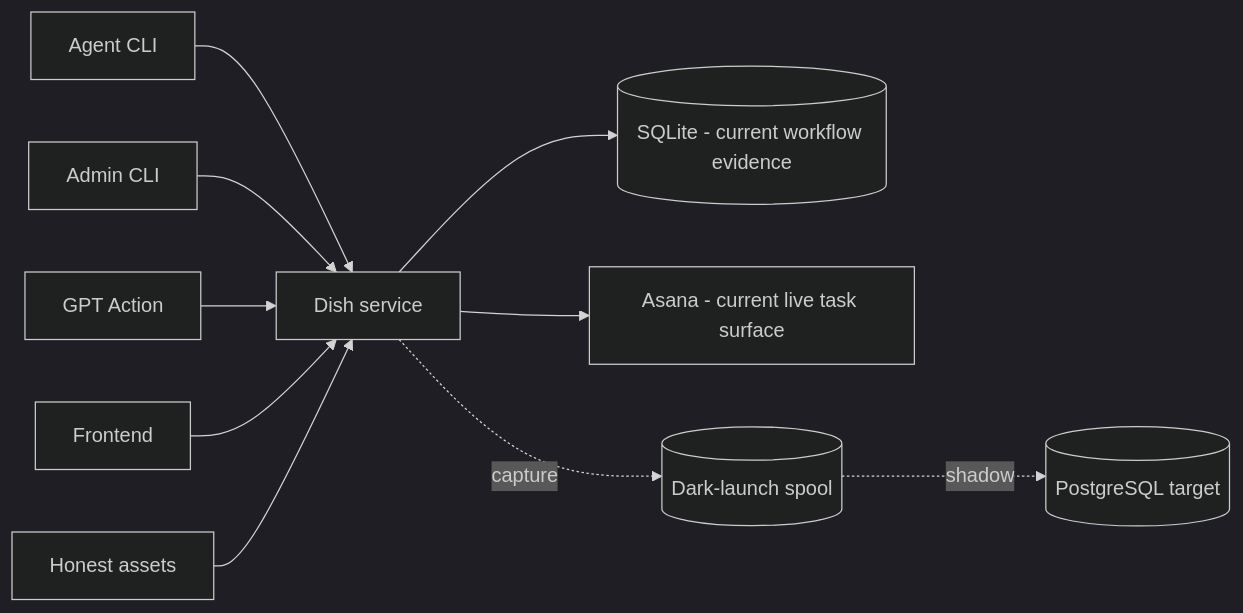
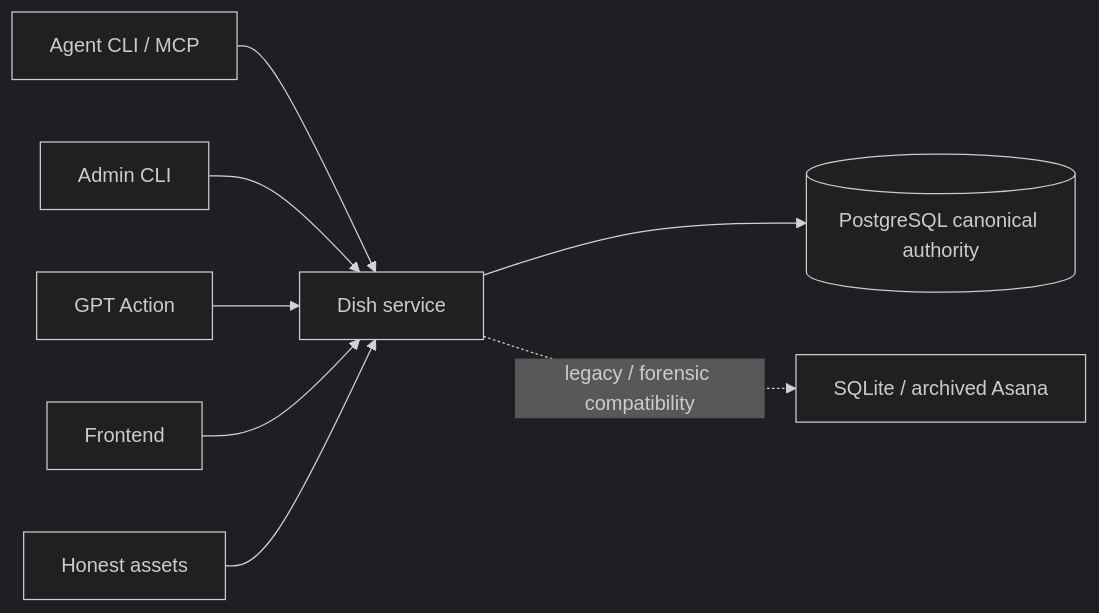
One commit to marcogallotta/ai-tools changed the diagram in dish/docs/architecture/system-context.md. Above: the diagram before and after it, drawn with Mermaid (dark theme). The commit also changed other lines of this file, not shown here.

Commit message:
Update system context for PostgreSQL authority

````diff
--- a/dish/docs/architecture/system-context.md
+++ b/dish/docs/architecture/system-context.md
@@ -17,12 +17,10 @@
 ```mermaid
 flowchart LR
-    Agent[Agent CLI] --> S[Dish service]
+    Agent[Agent CLI / MCP] --> S[Dish service]
     Admin[Admin CLI] --> S
     GPT[GPT Action] --> S
     Frontend[Frontend] --> S
     Honest[Honest assets] --> S
-    S --> SQLite[(SQLite - current workflow evidence)]
-    S --> Asana[Asana - current live task surface]
-    S -. capture .-> Spool[(Dark-launch spool)]
-    Spool -. shadow .-> PG[(PostgreSQL target)]
+    S --> PG[(PostgreSQL canonical authority)]
+    S -. legacy / forensic compatibility .-> Legacy[SQLite / archived Asana]
 ```
````
